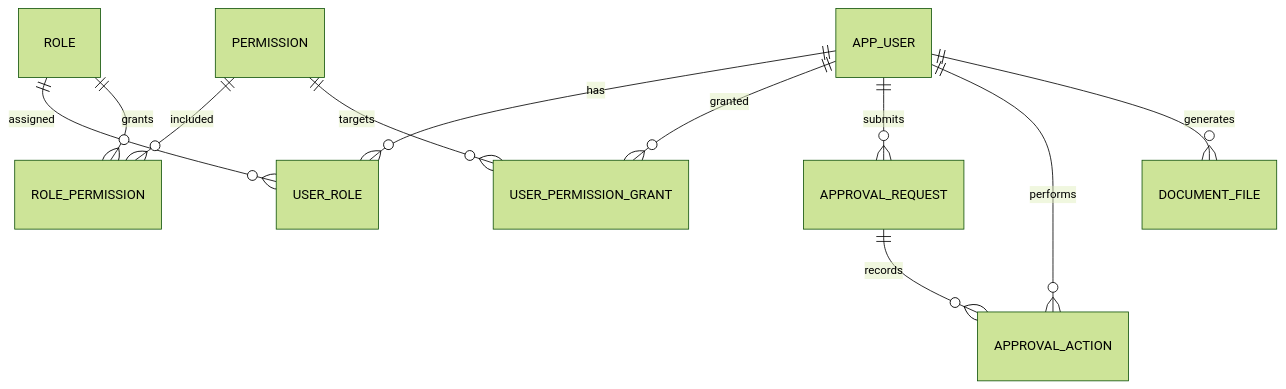
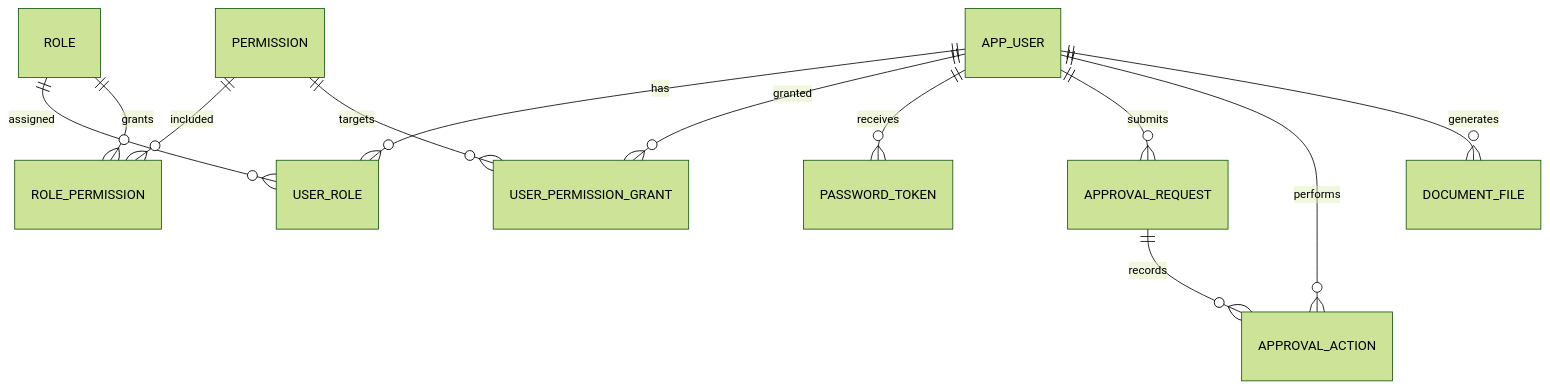
The fourth of 5 diagrams in docs/10-data-model.md (fizz123123/smart-distribution-ops), drawn with Mermaid (forest theme) before and after one commit. The commit also changed other lines of this file and 11 other files, not shown here.

````diff
--- a/docs/10-data-model.md
+++ b/docs/10-data-model.md
@@ -249,15 +249,16 @@
 ```mermaid
 erDiagram
     APP_USER ||--o{ USER_ROLE : has
     ROLE ||--o{ USER_ROLE : assigned
     ROLE ||--o{ ROLE_PERMISSION : grants
     PERMISSION ||--o{ ROLE_PERMISSION : included
     APP_USER ||--o{ USER_PERMISSION_GRANT : granted
     PERMISSION ||--o{ USER_PERMISSION_GRANT : targets
+    APP_USER ||--o{ PASSWORD_TOKEN : receives
 
     APP_USER ||--o{ APPROVAL_REQUEST : submits
     APPROVAL_REQUEST ||--o{ APPROVAL_ACTION : records
     APP_USER ||--o{ APPROVAL_ACTION : performs
 
     APP_USER ||--o{ DOCUMENT_FILE : generates
 ```
````
